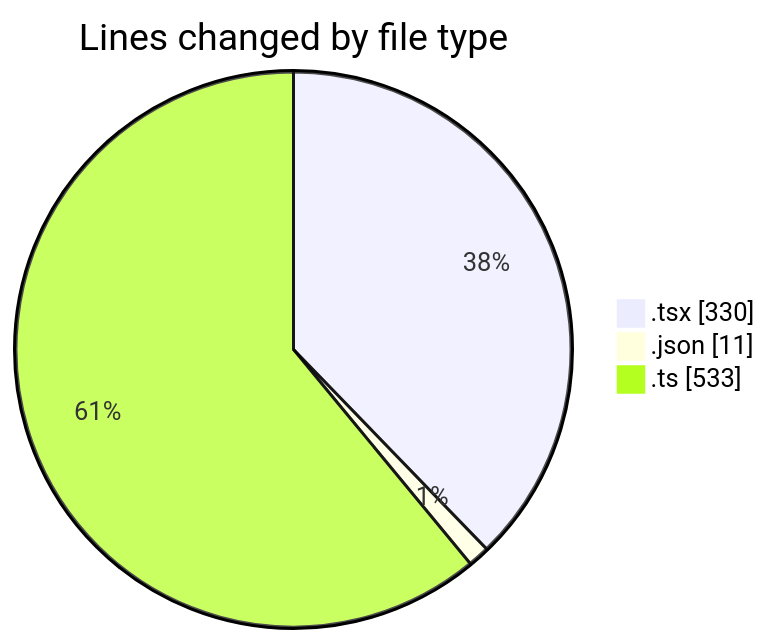
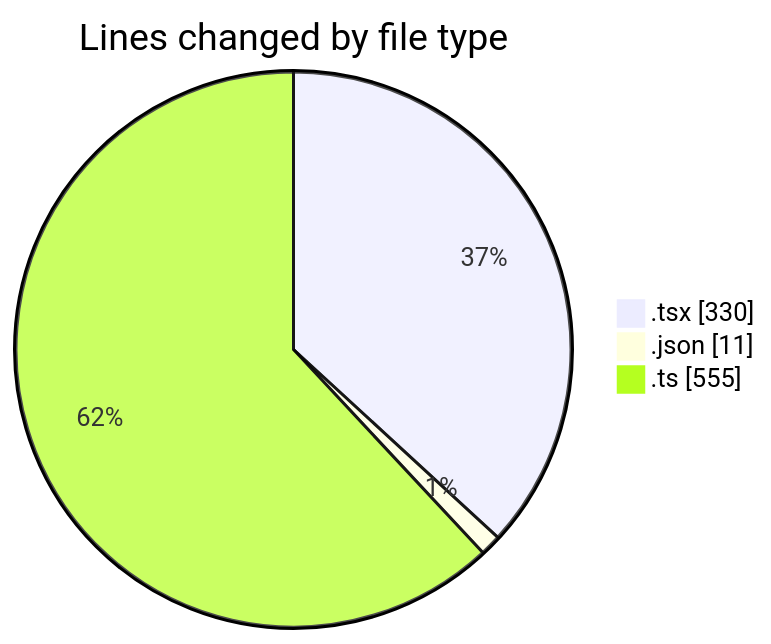
One commit to momahboobian/code-tracking changed the first of 2 diagrams in 2025-05-12/cda/README.md. Above: the diagram before and after it, drawn with Mermaid. The commit also changed other lines of this file and 1 other file, not shown here.

````diff
--- a/2025-05-12/cda/README.md
+++ b/2025-05-12/cda/README.md
@@ -31,7 +31,7 @@
 ```mermaid
 pie showData
 title Lines changed by file type
 ".tsx" : 330
 ".json" : 11
-".ts" : 533
+".ts" : 555
 ```
````
